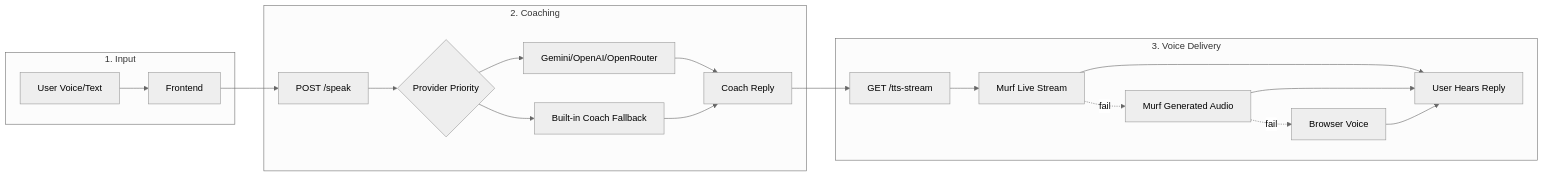
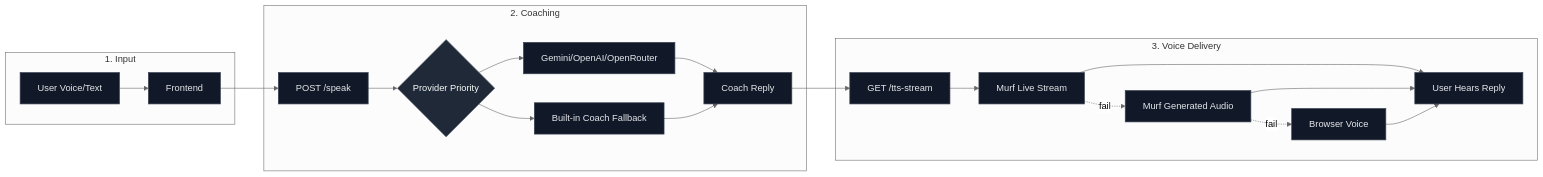
The first of 2 diagrams in README.md (athiq2u/MoonSpeak-AI), drawn with Mermaid (neutral theme) before and after one commit.

Commit message:
docs: dark style system flowchart

````diff
--- a/README.md
+++ b/README.md
@@ -64,31 +64,36 @@
 ```mermaid
 flowchart LR
   subgraph S1[1. Input]
     U[User Voice/Text]
     FE[Frontend]
     U --> FE
   end
 
   subgraph S2[2. Coaching]
     API[POST /speak]
     PRI{Provider Priority}
     LIVE[Gemini/OpenAI/OpenRouter]
     FALL[Built-in Coach Fallback]
     REPLY[Coach Reply]
     FE --> API --> PRI
     PRI --> LIVE --> REPLY
     PRI --> FALL --> REPLY
   end
 
   subgraph S3[3. Voice Delivery]
     TTS[GET /tts-stream]
     STREAM[Murf Live Stream]
     GEN[Murf Generated Audio]
     BROWSER[Browser Voice]
     PLAY[User Hears Reply]
     REPLY --> TTS --> STREAM
     STREAM --> PLAY
     STREAM -. fail .-> GEN --> PLAY
     GEN -. fail .-> BROWSER --> PLAY
   end
+
+  classDef dark fill:#111827,stroke:#374151,color:#E5E7EB,stroke-width:1.2px;
+  classDef decision fill:#1F2937,stroke:#6B7280,color:#F9FAFB,stroke-width:1.2px;
+  class U,FE,API,LIVE,FALL,REPLY,TTS,STREAM,GEN,BROWSER,PLAY dark;
+  class PRI decision;
 ```
````
